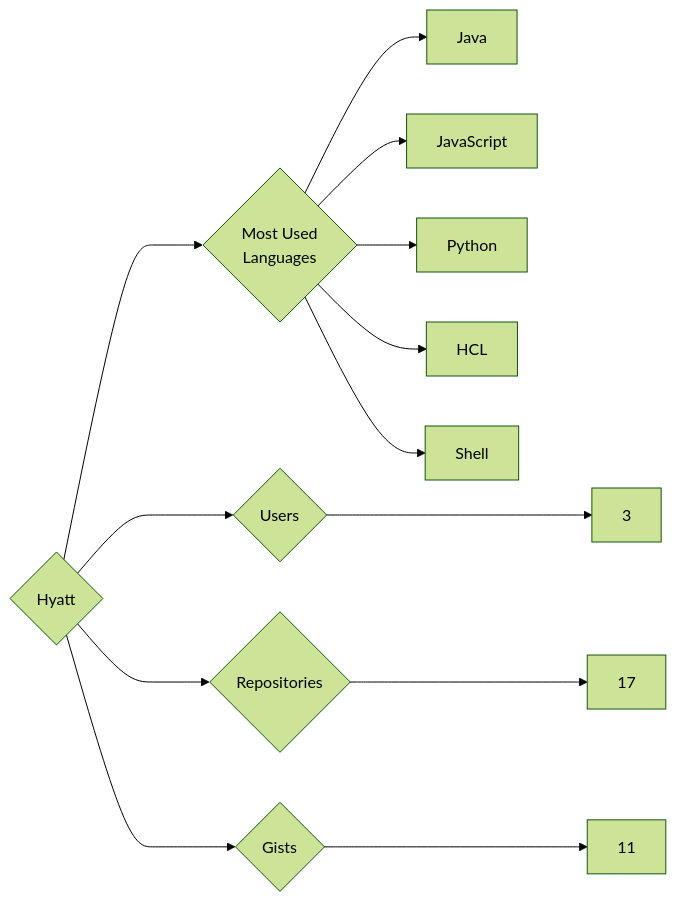
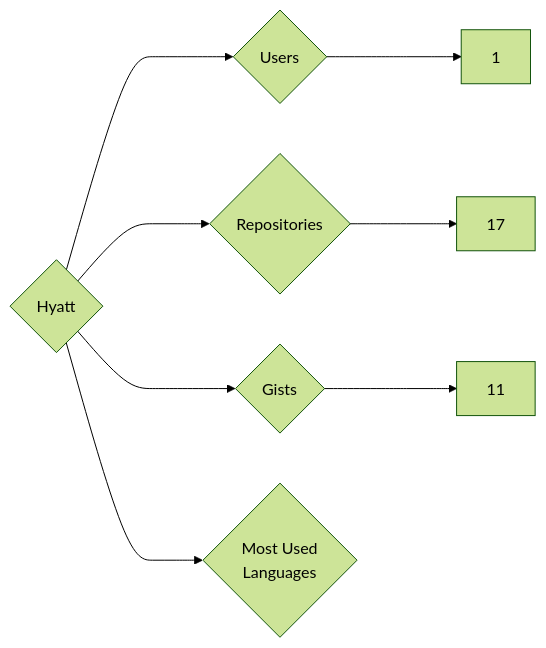
One commit to trickest/insiders changed the diagram in targets/Hyatt/README.md. Above: the diagram before and after it, drawn with Mermaid (forest theme). The commit also changed 1167 other files, not shown here.

````diff
--- a/targets/Hyatt/README.md
+++ b/targets/Hyatt/README.md
@@ -3,13 +3,8 @@
 ```mermaid
 graph LR
 COMPANY_NAME{Hyatt}
-COMPANY_NAME ---> U{Users} ---> UN[3]
+COMPANY_NAME ---> U{Users} ---> UN[1]
 COMPANY_NAME ---> R{Repositories} ---> RN[17]
 COMPANY_NAME ---> G{Gists} ---> GN[11]
 COMPANY_NAME ---> ML{Most Used<br>Languages}
-ML --> Java[Java]
-ML --> JavaScript[JavaScript]
-ML --> Python[Python]
-ML --> HCL[HCL]
-ML --> Shell[Shell]
 ```
````
